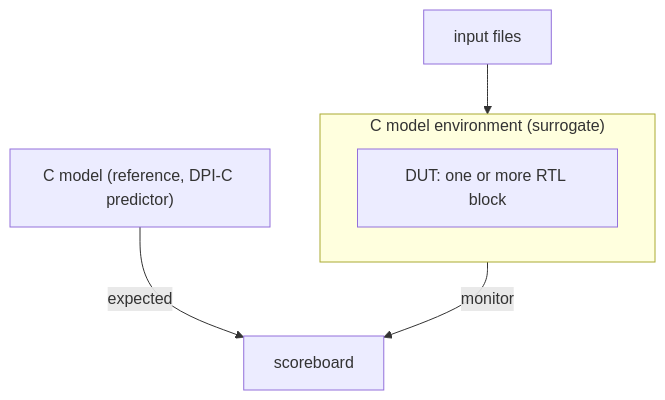
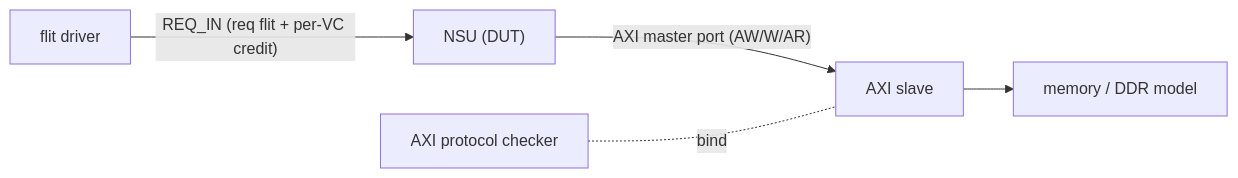
The second of 4 diagrams in spec/ni/dv/test_environment.md (changlukas/noc-sim), drawn with Mermaid before and after one commit. The commit also changed other lines of this file and 10 other files, not shown here.

First line of the commit message:
spec/ni: stage-centric DV test environment + per-block interfaces + master/slave port naming

````diff
--- a/spec/ni/dv/test_environment.md
+++ b/spec/ni/dv/test_environment.md
@@ -90,9 +104,7 @@
 ```mermaid
-flowchart TD
-  IN["input files"] --> ENV
-  subgraph ENV["C model environment (surrogate)"]
-    DUT["DUT: one or more RTL block"]
-  end
-  ENV -->|monitor| SB["scoreboard"]
-  REF["C model (reference, DPI-C predictor)"] -->|expected| SB
+flowchart LR
+  FD["flit driver"] -->|"REQ_IN (req flit + per-VC credit)"| DUT["NSU (DUT)"]
+  DUT -->|"AXI master port (AW/W/AR)"| S["AXI slave"]
+  S --> MEM["memory / DDR model"]
+  PC["AXI protocol checker"] -.bind.- S
 ```
````
